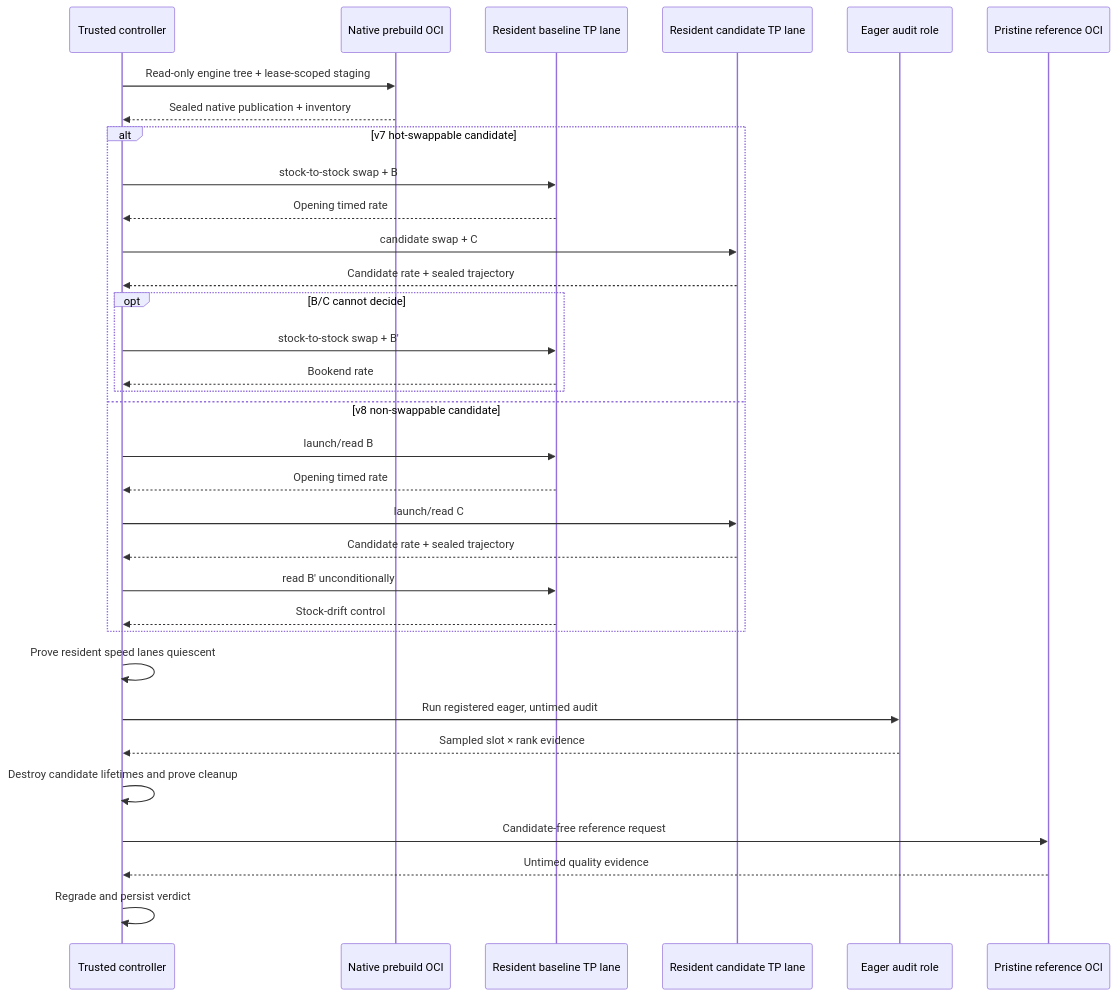
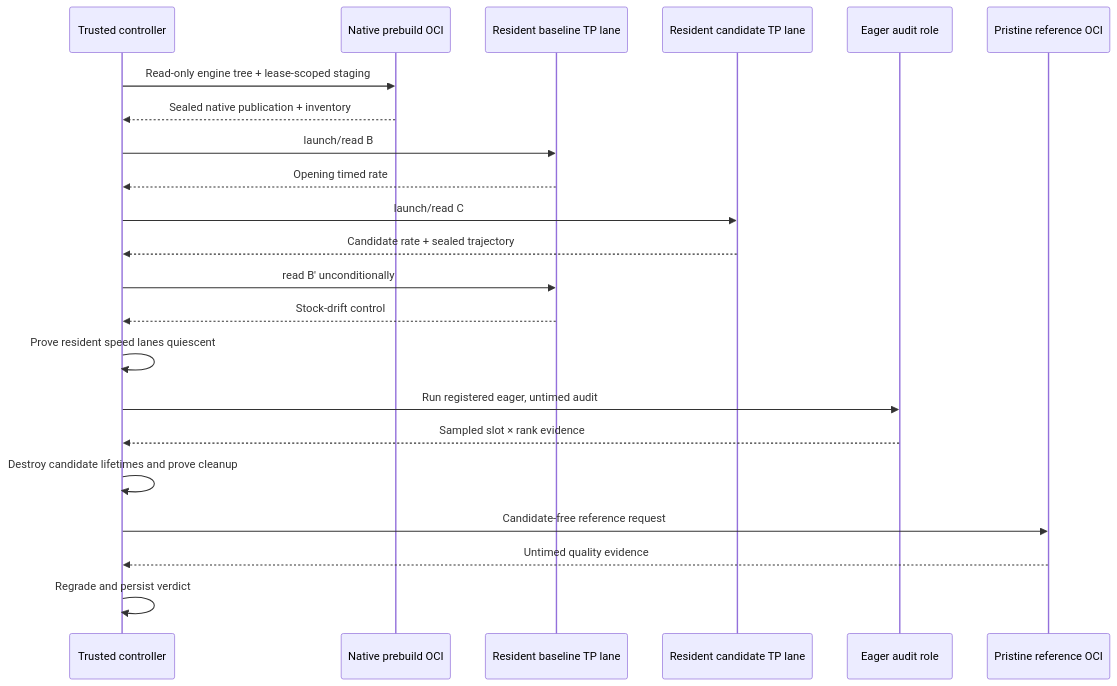
Before and after one commit to latent-to/cacheon: the diagram in docs/security/isolation.md, drawn with Mermaid. The commit also changed other lines of this file and 433 other files, not shown here.

````diff
--- a/docs/security/isolation.md
+++ b/docs/security/isolation.md
@@ -19,36 +19,25 @@
 ```mermaid
 sequenceDiagram
     participant H as Trusted controller
     participant P as Native prebuild OCI
     participant L0 as Resident baseline TP lane
     participant L1 as Resident candidate TP lane
     participant A as Eager audit role
     participant T as Pristine reference OCI
 
     H->>P: Read-only engine tree + lease-scoped staging
     P-->>H: Sealed native publication + inventory
-    alt v7 hot-swappable candidate
-        H->>L0: stock-to-stock swap + B
-        L0-->>H: Opening timed rate
-        H->>L1: candidate swap + C
-        L1-->>H: Candidate rate + sealed trajectory
-        opt B/C cannot decide
-            H->>L0: stock-to-stock swap + B′
-            L0-->>H: Bookend rate
-        end
-    else v8 non-swappable candidate
-        H->>L0: launch/read B
-        L0-->>H: Opening timed rate
-        H->>L1: launch/read C
-        L1-->>H: Candidate rate + sealed trajectory
-        H->>L0: read B′ unconditionally
-        L0-->>H: Stock-drift control
-    end
+    H->>L0: launch/read B
+    L0-->>H: Opening timed rate
+    H->>L1: launch/read C
+    L1-->>H: Candidate rate + sealed trajectory
+    H->>L0: read B′ unconditionally
+    L0-->>H: Stock-drift control
     H->>H: Prove resident speed lanes quiescent
     H->>A: Run registered eager, untimed audit
     A-->>H: Sampled slot × rank evidence
     H->>H: Destroy candidate lifetimes and prove cleanup
     H->>T: Candidate-free reference request
     T-->>H: Untimed quality evidence
     H->>H: Regrade and persist verdict
 ```
````
